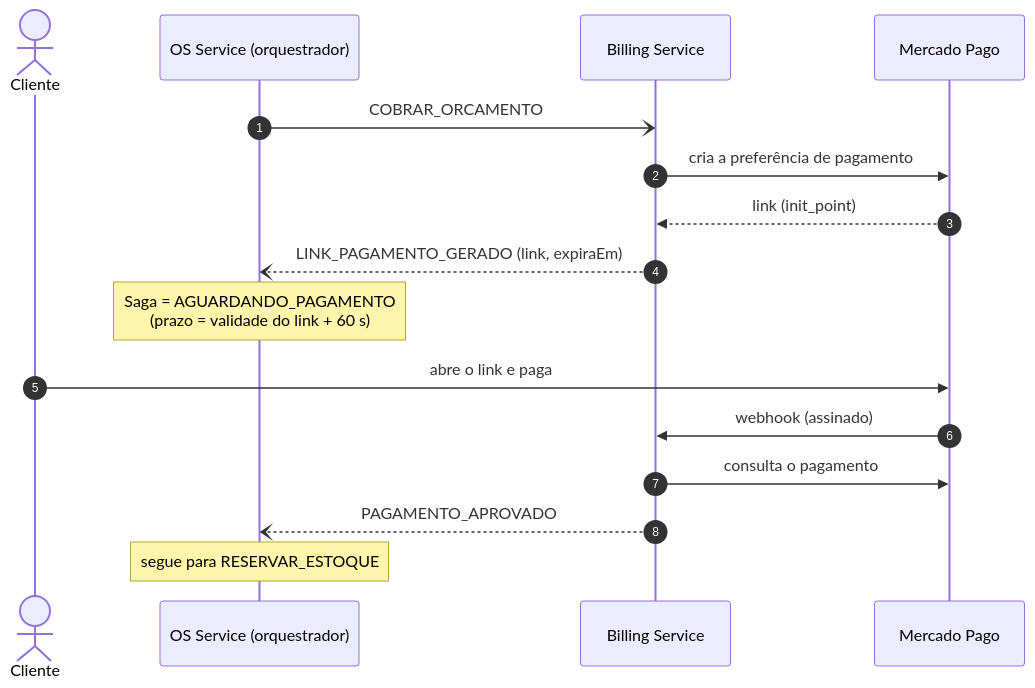
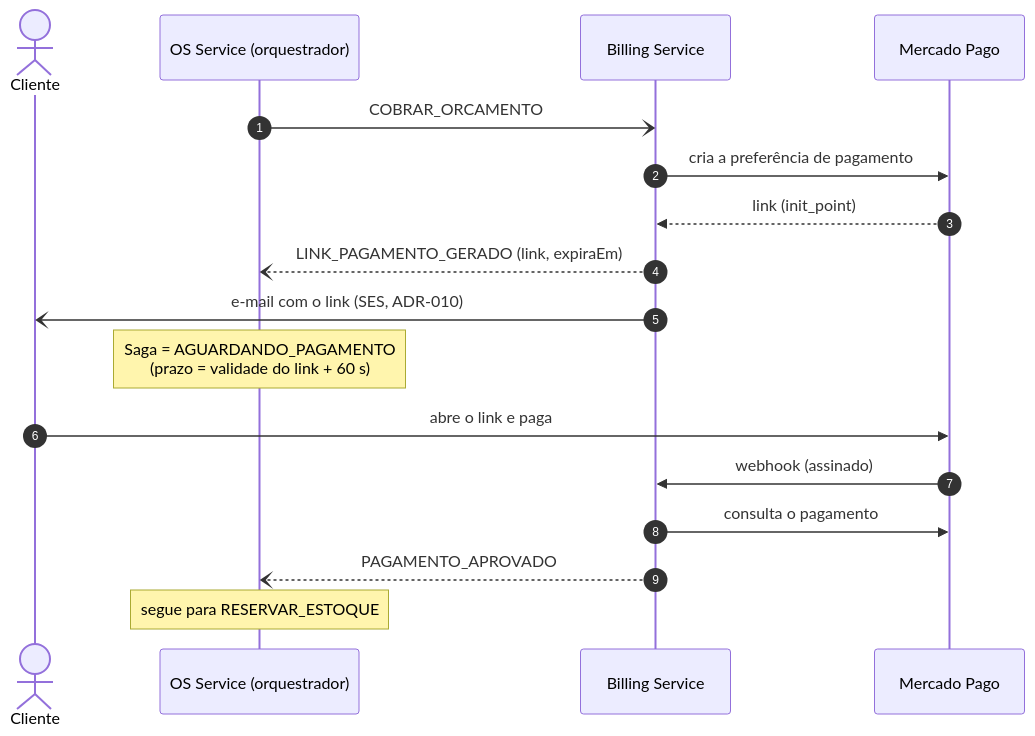
The third of 3 diagrams in docs/eventos.md (HDAdeveloper/oficina-billing-service), drawn with Mermaid before and after one commit. The commit also changed other lines of this file and 21 other files, not shown here.

````diff
--- a/docs/eventos.md
+++ b/docs/eventos.md
@@ -208,19 +208,20 @@
 ```mermaid
 sequenceDiagram
     autonumber
     actor Cliente
     participant OS as OS Service (orquestrador)
     participant B as Billing Service
     participant MP as Mercado Pago
 
     OS-)B: COBRAR_ORCAMENTO
     B->>MP: cria a preferência de pagamento
     MP-->>B: link (init_point)
     B--)OS: LINK_PAGAMENTO_GERADO (link, expiraEm)
+    B-)Cliente: e-mail com o link (SES, ADR-010)
     Note over OS: Saga = AGUARDANDO_PAGAMENTO<br/>(prazo = validade do link + 60 s)
     Cliente->>MP: abre o link e paga
     MP->>B: webhook (assinado)
     B->>MP: consulta o pagamento
     B--)OS: PAGAMENTO_APROVADO
     Note over OS: segue para RESERVAR_ESTOQUE
 ```
````
